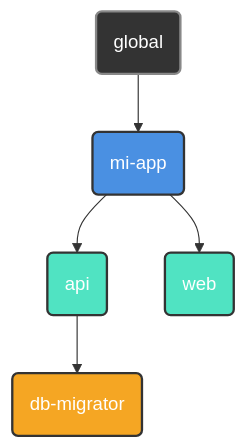
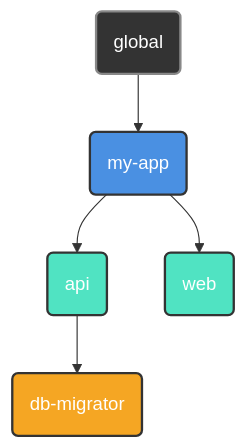
Before and after one commit to RetypeOS/axes: the diagram in docs/es/README.md, drawn with Mermaid. The commit also changed other lines of this file and 14 other files, not shown here.

````diff
--- a/docs/es/README.md
+++ b/docs/es/README.md
@@ -82,13 +90,13 @@
 ```mermaid
 graph TD
-    A(global) --> B(mi-app);
+    A(global) --> B(my-app);
     B --> C(api);
     B --> D(web);
     C --> E(db-migrator);
 
     style A fill:#333,stroke:#888,stroke-width:2px,color:#fff
     style B fill:#4a90e2,stroke:#333,stroke-width:2px,color:#fff
     style C fill:#50e3c2,stroke:#333,stroke-width:2px,color:#fff
     style D fill:#50e3c2,stroke:#333,stroke-width:2px,color:#fff
     style E fill:#f5a623,stroke:#333,stroke-width:2px,color:#fff
 ```
````
